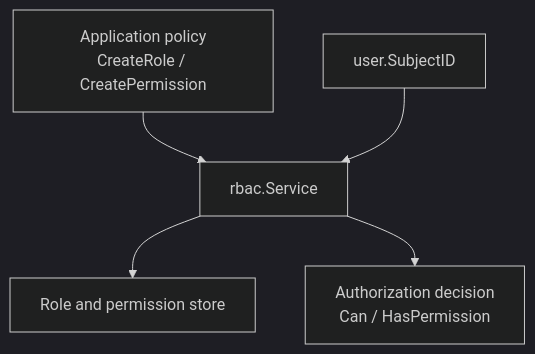
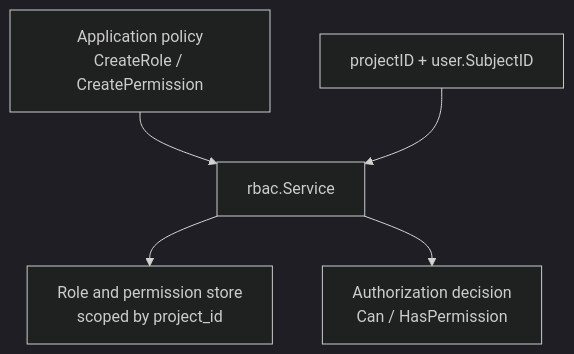
One commit to tinywasm/rbac changed the second of 2 diagrams in docs/ARCHITECTURE.md. Above: the diagram before and after it, drawn with Mermaid (dark theme). The commit also changed other lines of this file and 15 other files, not shown here.

First line of the commit message:
refactor!: project_id native on every table, remove vestigial full user-management duplicate

````diff
--- a/docs/ARCHITECTURE.md
+++ b/docs/ARCHITECTURE.md
@@ -39,7 +39,7 @@
 ```mermaid
 flowchart TD
     A[Application policy<br/>CreateRole / CreatePermission] --> B[rbac.Service]
-    B --> C[Role and permission store]
-    D[user.SubjectID] --> B
+    B --> C[Role and permission store<br/>scoped by project_id]
+    D[projectID + user.SubjectID] --> B
     B --> E[Authorization decision<br/>Can / HasPermission]
 ```
````
